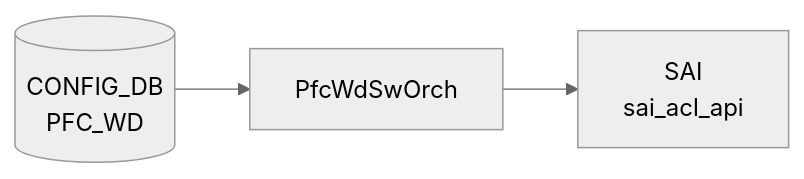
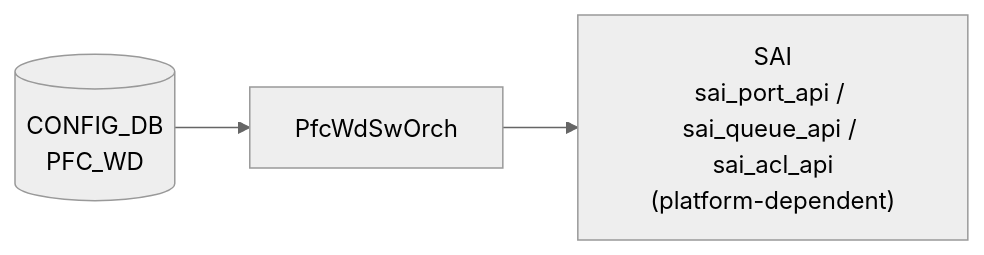
The diagram in docs/reference/config-db/pfc-wd.md (aoki-taquan/sonic-unofficial-docs), drawn with Mermaid (neutral theme) before and after one commit. The commit also changed 16 other files, not shown here.

````diff
--- a/docs/reference/config-db/pfc-wd.md
+++ b/docs/reference/config-db/pfc-wd.md
@@ -32,8 +32,8 @@
 ```mermaid
 flowchart LR
   CDB[("CONFIG_DB<br/>PFC_WD")]
   DM["PfcWdSwOrch"]
   CDB --> DM
-  SAI["SAI<br/>sai_acl_api"]
+  SAI["SAI<br/>sai_port_api / sai_queue_api / sai_acl_api<br/>(platform-dependent)"]
   DM --> SAI
 ```
````
